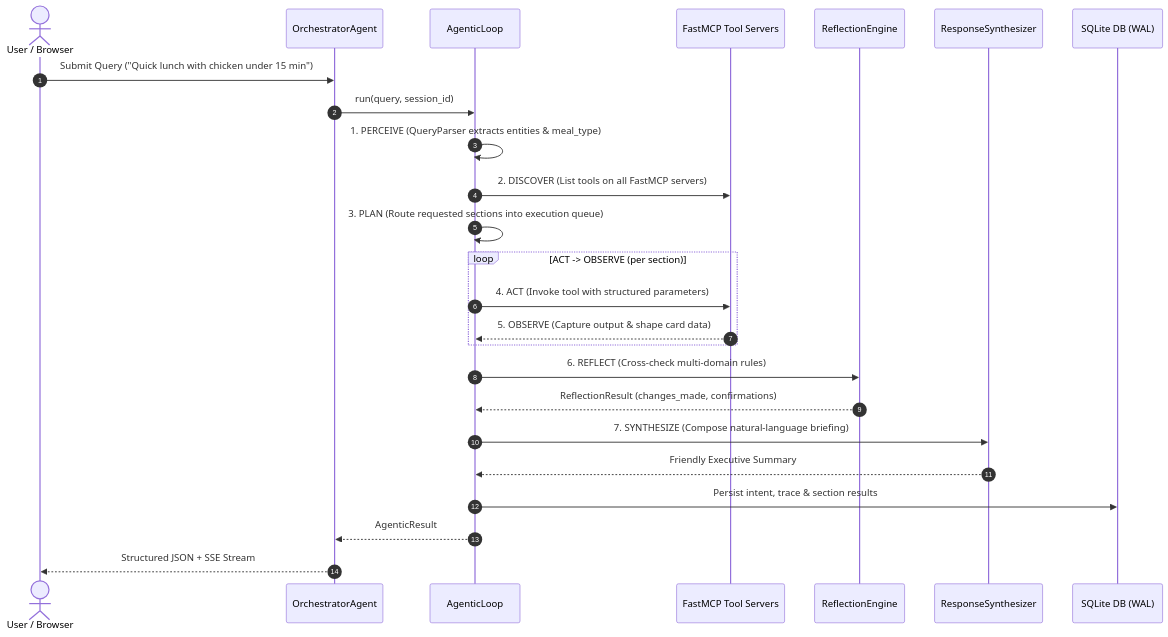
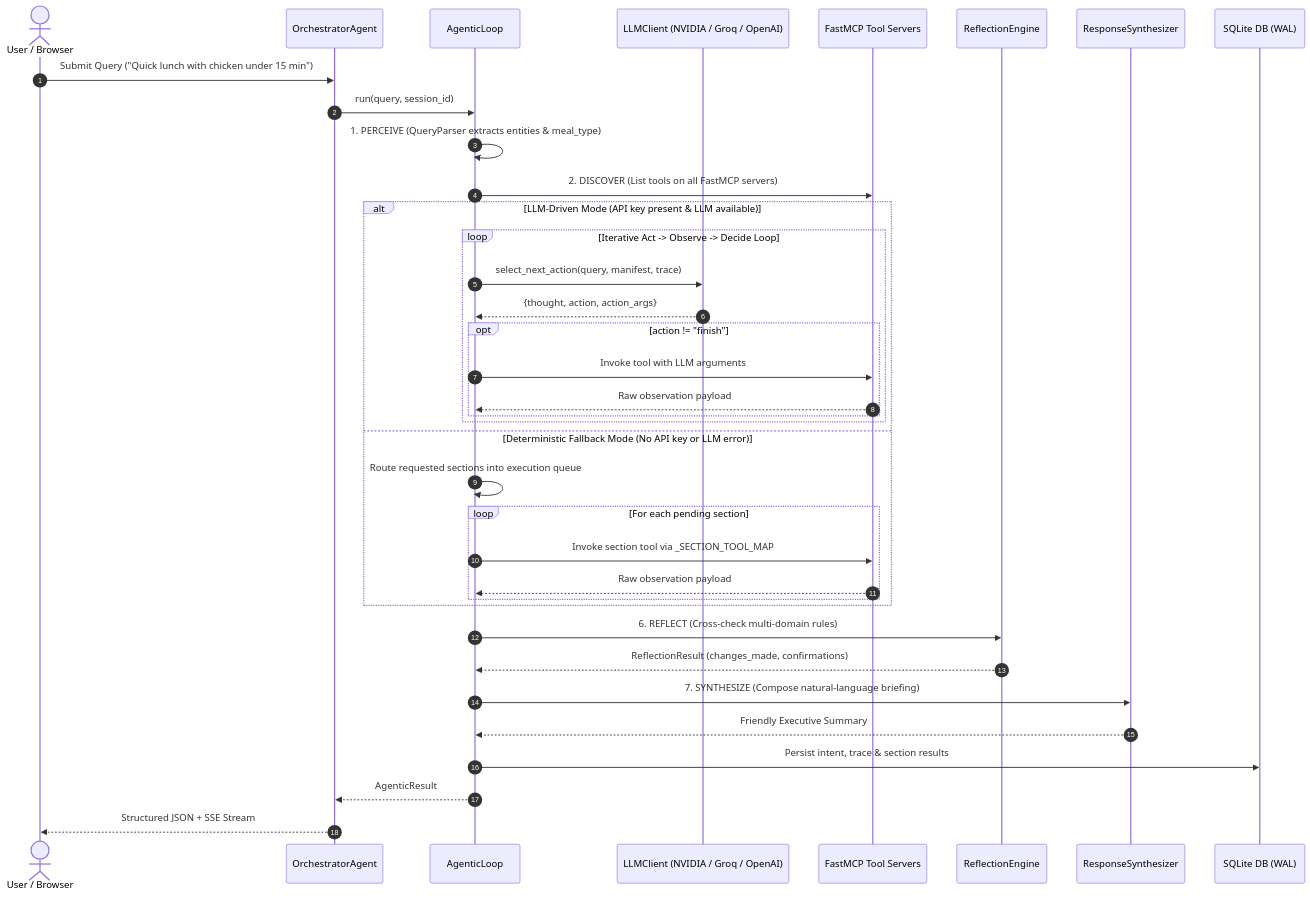
Before and after one commit to ps-vivek-singh/LetsGo: the diagram in README.md, drawn with Mermaid. The commit also changed other lines of this file and 2 other files, not shown here.

Commit message:
docs: document dual execution modes (LLM-driven and deterministic fallback)

````diff
--- a/README.md
+++ b/README.md
@@ -84,30 +86,42 @@
 ```mermaid
 sequenceDiagram
     autonumber
     actor User as User / Browser
     participant Orchestrator as OrchestratorAgent
     participant AgenticLoop as AgenticLoop
+    participant LLM as LLMClient (NVIDIA / Groq / OpenAI)
     participant MCP as FastMCP Tool Servers
     participant Reflection as ReflectionEngine
     participant Synthesizer as ResponseSynthesizer
     participant DB as SQLite DB (WAL)
 
     User->>Orchestrator: Submit Query ("Quick lunch with chicken under 15 min")
     Orchestrator->>AgenticLoop: run(query, session_id)
     AgenticLoop->>AgenticLoop: 1. PERCEIVE (QueryParser extracts entities & meal_type)
     AgenticLoop->>MCP: 2. DISCOVER (List tools on all FastMCP servers)
-    AgenticLoop->>AgenticLoop: 3. PLAN (Route requested sections into execution queue)
     
-    loop ACT -> OBSERVE (per section)
-        AgenticLoop->>MCP: 4. ACT (Invoke tool with structured parameters)
-        MCP-->>AgenticLoop: 5. OBSERVE (Capture output & shape card data)
+    alt LLM-Driven Mode (API key present & LLM available)
+        loop Iterative Act -> Observe -> Decide Loop
+            AgenticLoop->>LLM: select_next_action(query, manifest, trace)
+            LLM-->>AgenticLoop: {thought, action, action_args}
+            opt action != "finish"
+                AgenticLoop->>MCP: Invoke tool with LLM arguments
+                MCP-->>AgenticLoop: Raw observation payload
+            end
+        end
+    else Deterministic Fallback Mode (No API key or LLM error)
+        AgenticLoop->>AgenticLoop: Route requested sections into execution queue
+        loop For each pending section
+            AgenticLoop->>MCP: Invoke section tool via _SECTION_TOOL_MAP
+            MCP-->>AgenticLoop: Raw observation payload
+        end
     end
 
     AgenticLoop->>Reflection: 6. REFLECT (Cross-check multi-domain rules)
     Reflection-->>AgenticLoop: ReflectionResult (changes_made, confirmations)
     AgenticLoop->>Synthesizer: 7. SYNTHESIZE (Compose natural-language briefing)
     Synthesizer-->>AgenticLoop: Friendly Executive Summary
     AgenticLoop->>DB: Persist intent, trace & section results
     AgenticLoop-->>Orchestrator: AgenticResult
     Orchestrator-->>User: Structured JSON + SSE Stream
 ```
````
